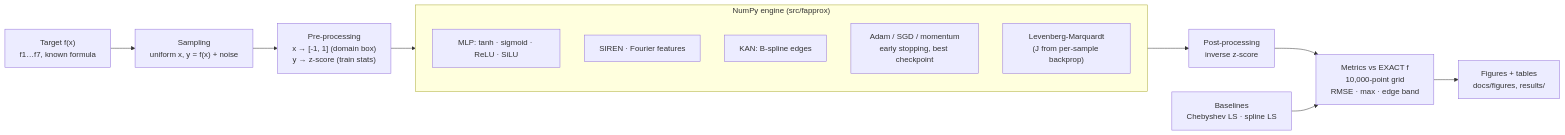
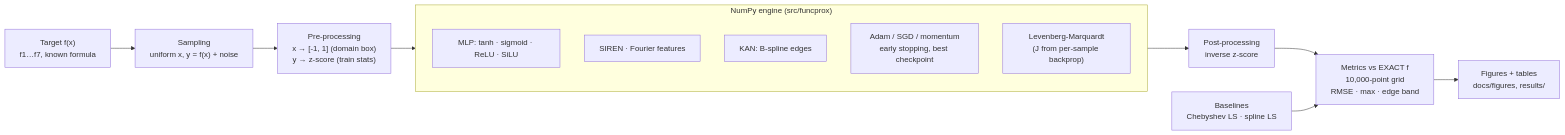
One commit to abhuiyan00/nn-function-approx changed the diagram in README.md. Above: the diagram before and after it, drawn with Mermaid. The commit also changed other lines of this file and 59 other files, not shown here.

````diff
--- a/README.md
+++ b/README.md
@@ -173,18 +173,18 @@
 ```mermaid
 flowchart LR
     F["Target f(x)<br/>f1…f7, known formula"] --> S["Sampling<br/>uniform x, y = f(x) + noise"]
     S --> PRE["Pre-processing<br/>x → [-1, 1] (domain box)<br/>y → z-score (train stats)"]
     PRE --> ENG
-    subgraph ENG["NumPy engine (src/fapprox)"]
+    subgraph ENG["NumPy engine (src/funcprox)"]
         direction TB
         M1["MLP: tanh · sigmoid · ReLU · SiLU"]
         M2["SIREN · Fourier features"]
         M3["KAN: B-spline edges"]
         T1["Adam / SGD / momentum<br/>early stopping, best checkpoint"]
         T2["Levenberg-Marquardt<br/>(J from per-sample backprop)"]
     end
     ENG --> POST["Post-processing<br/>inverse z-score"]
     POST --> EVAL["Metrics vs EXACT f<br/>10,000-point grid<br/>RMSE · max · edge band"]
     EVAL --> FIG["Figures + tables<br/>docs/figures, results/"]
     BASE["Baselines<br/>Chebyshev LS · spline LS"] --> EVAL
 ```
````
